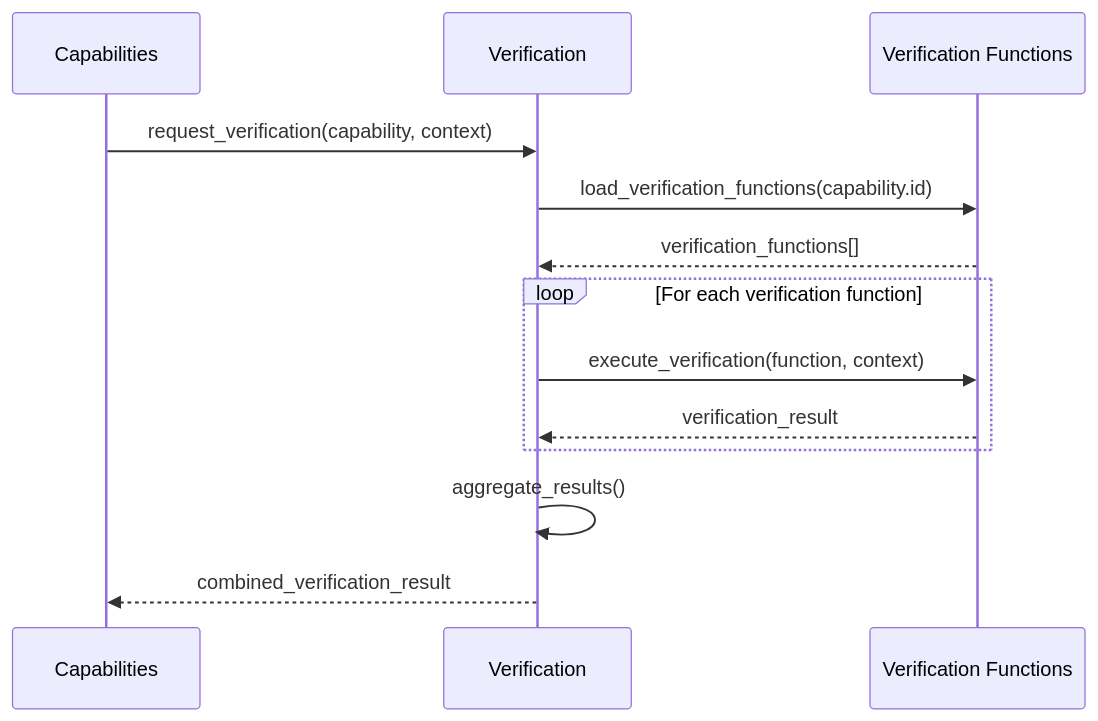
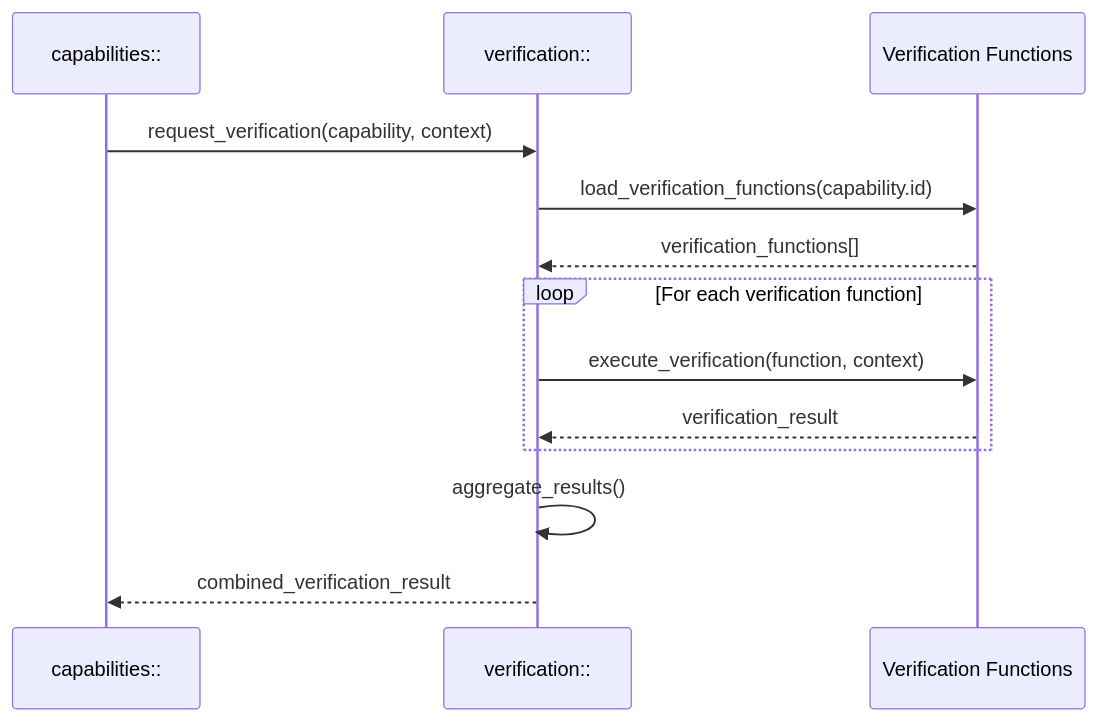
Before and after one commit to timewave-computer/valence-solana: the seventh of 14 diagrams in docs/005-integration.md, drawn with Mermaid. The commit also changed other lines of this file and 70 other files, not shown here.

````diff
--- a/docs/005-integration.md
+++ b/docs/005-integration.md
@@ -135,18 +135,18 @@
 ```mermaid
 sequenceDiagram
-    participant Cap as Capabilities
-    participant Ver as Verification
+    participant Cap as capabilities::
+    participant Ver as verification::
     participant VF as Verification Functions
     
     Cap->>Ver: request_verification(capability, context)
     Ver->>VF: load_verification_functions(capability.id)
     VF-->>Ver: verification_functions[]
     
     loop For each verification function
         Ver->>VF: execute_verification(function, context)
         VF-->>Ver: verification_result
     end
     
     Ver->>Ver: aggregate_results()
     Ver-->>Cap: combined_verification_result
 ```
````
